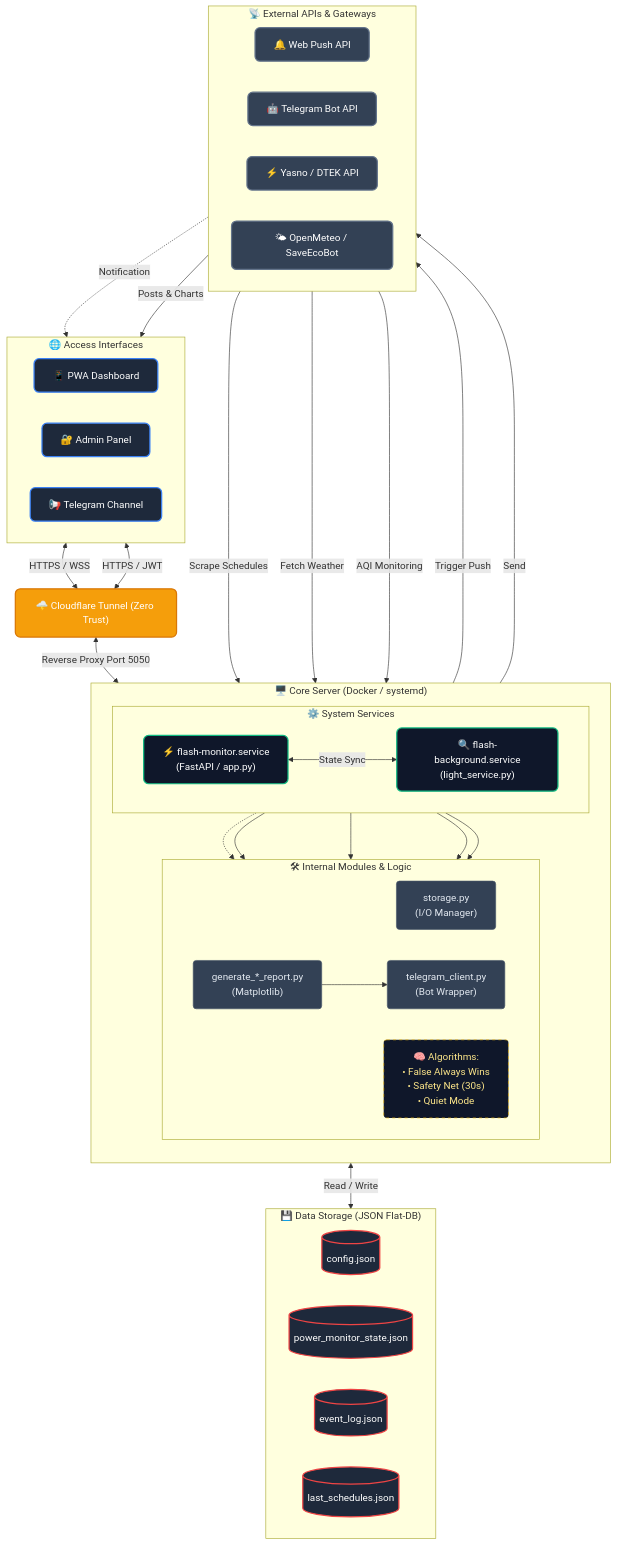
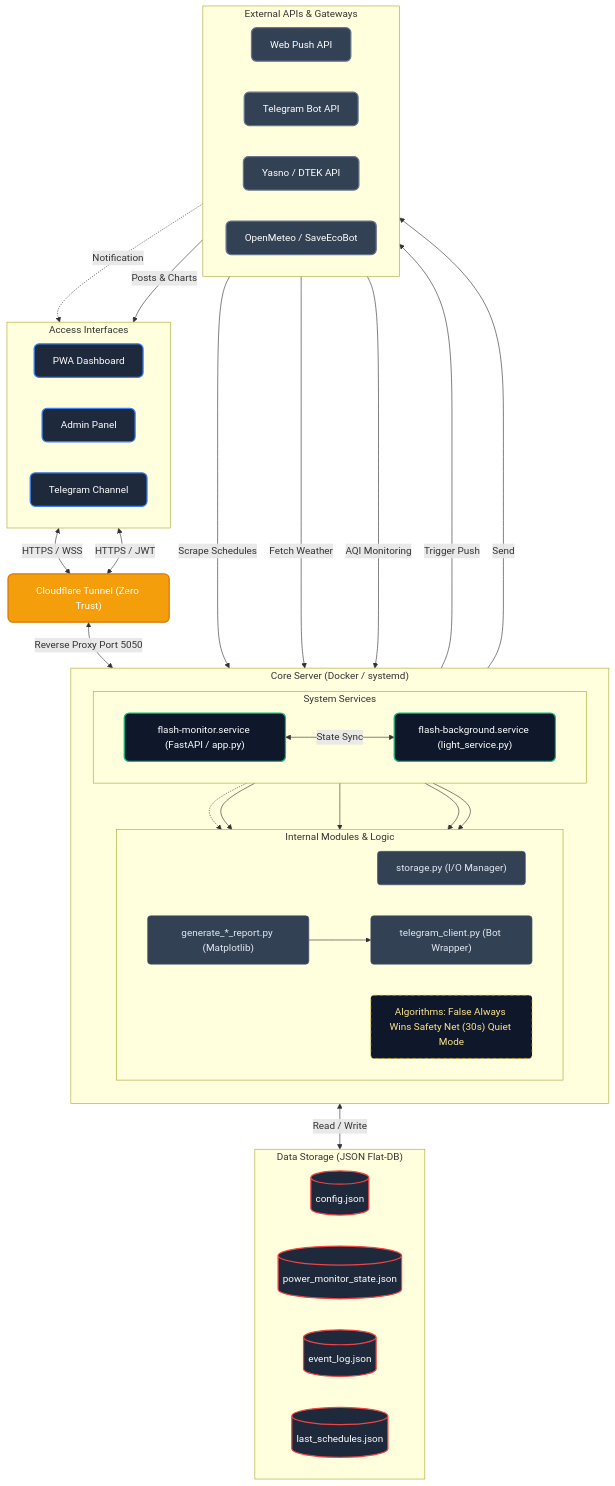
The diagram in README.md (weby-homelab/flash-monitor-kyiv), drawn with Mermaid before and after one commit. The commit also changed other lines of this file and 1 other file, not shown here.

Commit message:
docs: restore main docker edition formatting and update version to v3.3.7

````diff
--- a/README.md
+++ b/README.md
@@ -38,79 +38,79 @@
 ```mermaid
 flowchart TB
-    %% Colors & Styles
-    classDef client fill:#1e293b,stroke:#3b82f6,stroke-width:2px,color:#fff,rx:8px,ry:8px
-    classDef cloudflare fill:#f59e0b,stroke:#d97706,stroke-width:2px,color:#fff,rx:8px,ry:8px
-    classDef server fill:#0f172a,stroke:#10b981,stroke-width:2px,color:#fff,rx:8px,ry:8px
-    classDef module fill:#334155,stroke:#475569,stroke-width:1px,color:#e2e8f0,rx:5px,ry:5px
-    classDef db fill:#1e293b,stroke:#ef4444,stroke-width:2px,color:#fff,rx:8px,ry:8px
-    classDef ext_api fill:#334155,stroke:#64748b,stroke-width:2px,color:#fff,rx:8px,ry:8px
-    classDef logic fill:#0f172a,stroke:#eab308,stroke-width:1px,color:#fde68a,rx:5px,ry:5px,stroke-dasharray: 5 5
+ %% Colors & Styles
+ classDef client fill:#1e293b,stroke:#3b82f6,stroke-width:2px,color:#fff,rx:8px,ry:8px
+ classDef cloudflare fill:#f59e0b,stroke:#d97706,stroke-width:2px,color:#fff,rx:8px,ry:8px
+ classDef server fill:#0f172a,stroke:#10b981,stroke-width:2px,color:#fff,rx:8px,ry:8px
+ classDef module fill:#334155,stroke:#475569,stroke-width:1px,color:#e2e8f0,rx:5px,ry:5px
+ classDef db fill:#1e293b,stroke:#ef4444,stroke-width:2px,color:#fff,rx:8px,ry:8px
+ classDef ext_api fill:#334155,stroke:#64748b,stroke-width:2px,color:#fff,rx:8px,ry:8px
+ classDef logic fill:#0f172a,stroke:#eab308,stroke-width:1px,color:#fde68a,rx:5px,ry:5px,stroke-dasharray: 5 5
 
-    subgraph TopLayer ["🌐 Access Interfaces"]
-        direction LR
-        PWA["📱 PWA Dashboard"]:::client
-        Admin["🔐 Admin Panel"]:::client
-        Subscribers["📢 Telegram Channel"]:::client
-    end
+ subgraph TopLayer [" Access Interfaces"]
+ direction LR
+ PWA[" PWA Dashboard"]:::client
+ Admin[" Admin Panel"]:::client
+ Subscribers[" Telegram Channel"]:::client
+ end
 
-    CF["🌩️ Cloudflare Tunnel (Zero Trust)"]:::cloudflare
+ CF[" Cloudflare Tunnel (Zero Trust)"]:::cloudflare
 
-    PWA <-->|HTTPS / WSS| CF
-    Admin <-->|HTTPS / JWT| CF
+ PWA <-->|HTTPS / WSS| CF
+ Admin <-->|HTTPS / JWT| CF
 
-    subgraph CoreLayer ["🖥️ Core Server (Docker / systemd)"]
-        direction TB
+ subgraph CoreLayer [" Core Server (Docker / systemd)"]
+ direction TB
 
-        subgraph Services ["⚙️ System Services"]
-            direction LR
-            API["⚡ flash-monitor.service<br/>(FastAPI / app.py)"]:::server
-            Worker["🔍 flash-background.service<br/>(light_service.py)"]:::server
-        end
+ subgraph Services [" System Services"]
+ direction LR
+ API[" flash-monitor.service (FastAPI / app.py)"]:::server
+ Worker[" flash-background.service (light_service.py)"]:::server
+ end
 
-        subgraph Modules ["🛠 Internal Modules & Logic"]
-            direction LR
-            Storage["storage.py<br/>(I/O Manager)"]:::module
-            Reports["generate_*_report.py<br/>(Matplotlib)"]:::module
-            TgClient["telegram_client.py<br/>(Bot Wrapper)"]:::module
-            Rules["🧠 Algorithms:<br/>• False Always Wins<br/>• Safety Net (30s)<br/>• Quiet Mode"]:::logic
-        end
+ subgraph Modules [" Internal Modules & Logic"]
+ direction LR
+ Storage["storage.py (I/O Manager)"]:::module
+ Reports["generate_*_report.py (Matplotlib)"]:::module
+ TgClient["telegram_client.py (Bot Wrapper)"]:::module
+ Rules[" Algorithms: False Always Wins Safety Net (30s) Quiet Mode"]:::logic
+ end
 
-        API <-->|State Sync| Worker
-        Worker -.-> Rules
-        Worker --> Reports
-        Worker --> TgClient
-        Reports --> TgClient
-        API --> Storage
-        Worker --> Storage
-    end
+ API <-->|State Sync| Worker
+ Worker -.-> Rules
+ Worker --> Reports
+ Worker --> TgClient
+ Reports --> TgClient
+ API --> Storage
+ Worker --> Storage
+ end
 
-    CF <-->|Reverse Proxy Port 5050| API
+ CF <-->|Reverse Proxy Port 5050| API
 
-    subgraph DataLayer ["💾 Data Storage (JSON Flat-DB)"]
-        direction LR
-        Config[("config.json")]:::db
-        State[("power_monitor_state.json")]:::db
-        Logs[("event_log.json")]:::db
-        Sched[("last_schedules.json")]:::db
-    end
+ subgraph DataLayer [" Data Storage (JSON Flat-DB)"]
+ direction LR
+ Config[("config.json")]:::db
+ State[("power_monitor_state.json")]:::db
+ Logs[("event_log.json")]:::db
+ Sched[("last_schedules.json")]:::db
+ end
 
-    Storage <-->|Read / Write| DataLayer
+ Storage <-->|Read / Write| DataLayer
 
-    subgraph ExternalLayer ["📡 External APIs & Gateways"]
-        direction LR
-        PushAPI["🔔 Web Push API"]:::ext_api
-        TgAPI["🤖 Telegram Bot API"]:::ext_api
-        Energy["⚡ Yasno / DTEK API"]:::ext_api
-        Meteo["🌤 OpenMeteo / SaveEcoBot"]:::ext_api
-    end
+ subgraph ExternalLayer [" External APIs & Gateways"]
+ direction LR
+ PushAPI[" Web Push API"]:::ext_api
+ TgAPI[" Telegram Bot API"]:::ext_api
+ Energy[" Yasno / DTEK API"]:::ext_api
+ Meteo[" OpenMeteo / SaveEcoBot"]:::ext_api
+ end
 
-    API -->|Trigger Push| PushAPI
-    PushAPI -.->|Notification| PWA
-    
-    TgClient -->|Send| TgAPI
-    TgAPI -->|Posts & Charts| Subscribers
-    
-    Energy -->|Scrape Schedules| Worker
-    Meteo -->|Fetch Weather| API
-    Meteo -->|AQI Monitoring| Worker
+ API -->|Trigger Push| PushAPI
+ PushAPI -.->|Notification| PWA
+ 
+ TgClient -->|Send| TgAPI
+ TgAPI -->|Posts & Charts| Subscribers
+ 
+ Energy -->|Scrape Schedules| Worker
+ Meteo -->|Fetch Weather| API
+ Meteo -->|AQI Monitoring| Worker
 ```
````
